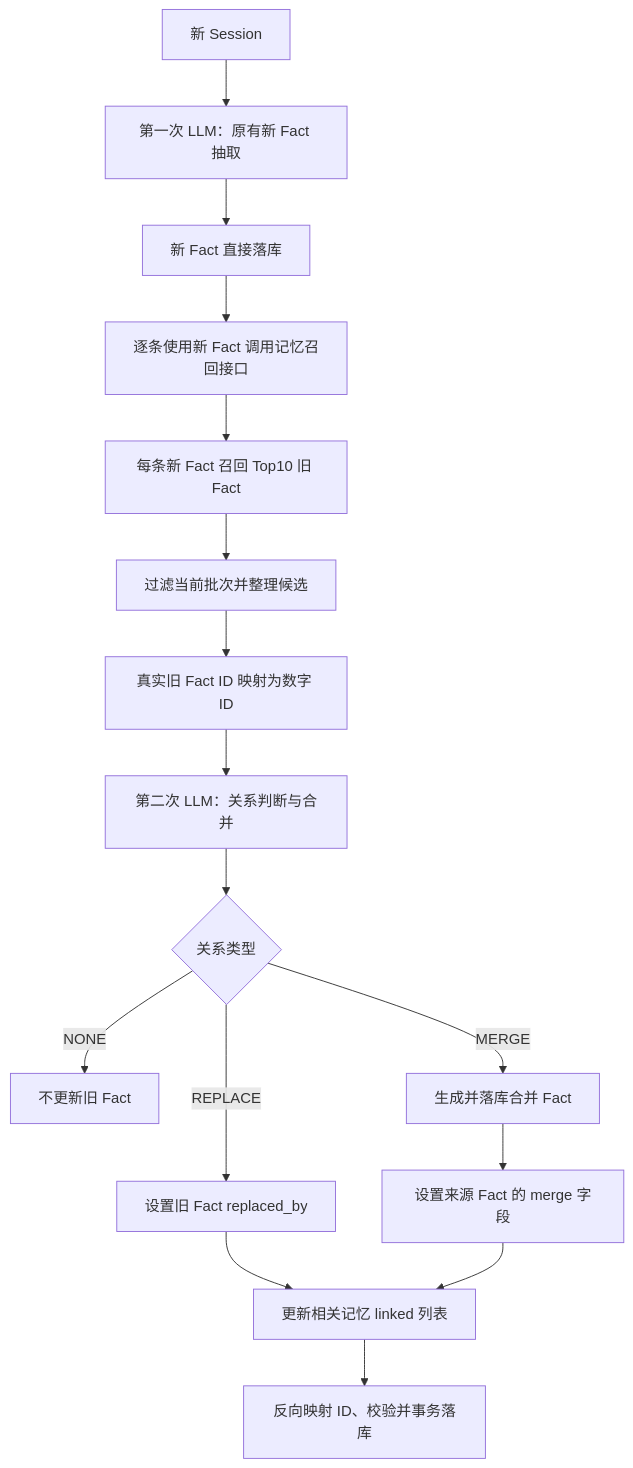
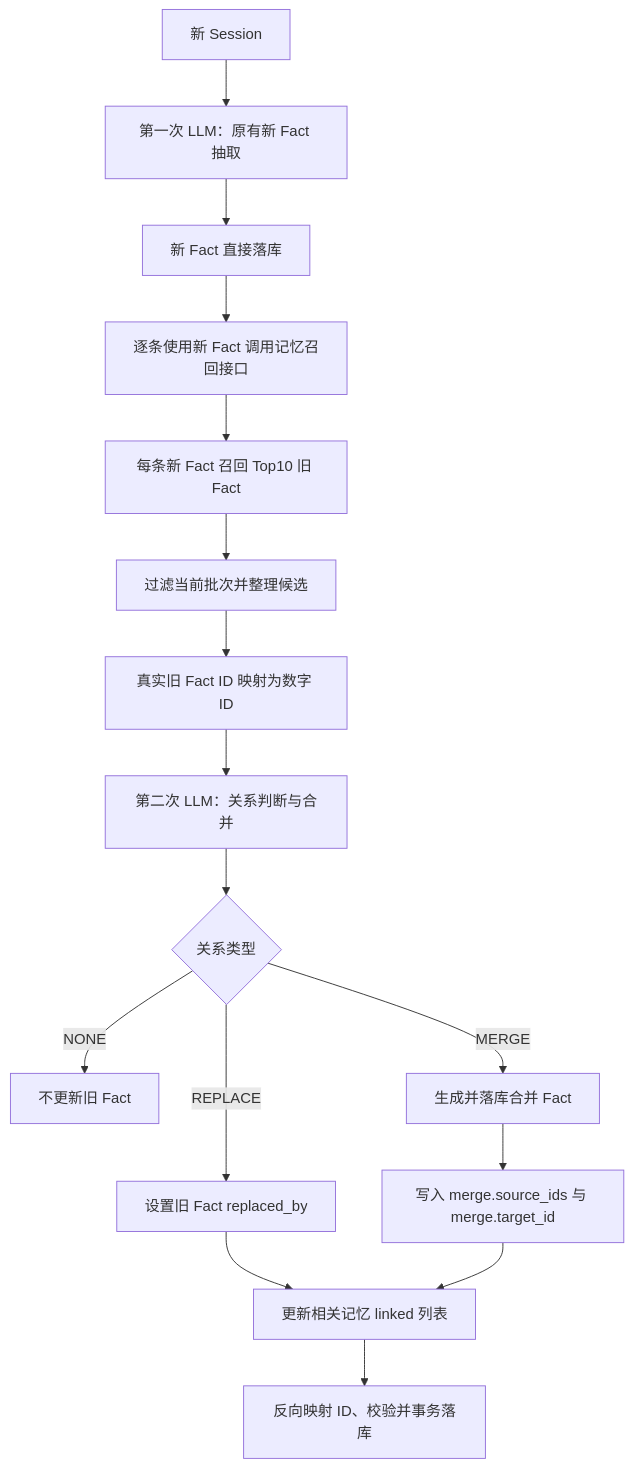
Before and after one commit to wait-stack/tech-insights: the diagram in 两阶段LLM新旧记忆关联更新方案_v3_2026-08.md, drawn with Mermaid. The commit also changed other lines of this file, not shown here.

````diff
--- a/两阶段LLM新旧记忆关联更新方案_v3_2026-08.md
+++ b/两阶段LLM新旧记忆关联更新方案_v3_2026-08.md
@@ -36,18 +61,18 @@
 ```mermaid
 flowchart TD
     A["新 Session"] --> B["第一次 LLM：原有新 Fact 抽取"]
     B --> C["新 Fact 直接落库"]
     C --> D["逐条使用新 Fact 调用记忆召回接口"]
     D --> E["每条新 Fact 召回 Top10 旧 Fact"]
     E --> F["过滤当前批次并整理候选"]
     F --> G["真实旧 Fact ID 映射为数字 ID"]
     G --> H["第二次 LLM：关系判断与合并"]
     H --> I{"关系类型"}
     I -->|"NONE"| J["不更新旧 Fact"]
     I -->|"REPLACE"| K["设置旧 Fact replaced_by"]
     I -->|"MERGE"| L["生成并落库合并 Fact"]
     K --> M["更新相关记忆 linked 列表"]
-    L --> N["设置来源 Fact 的 merge 字段"]
+    L --> N["写入 merge.source_ids 与 merge.target_id"]
     N --> M
     M --> O["反向映射 ID、校验并事务落库"]
 ```
````
